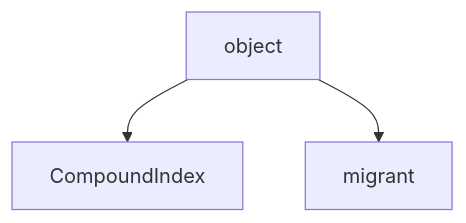
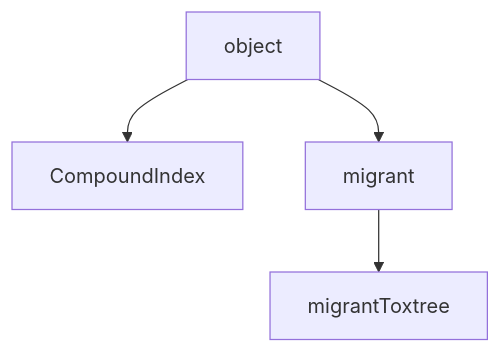
One commit to ovitrac/SFPPy changed the fourth of 8 diagrams in docs/SFPPy_classes_documentation.md. Above: the diagram before and after it, drawn with Mermaid. The commit also changed other lines of this file and 69 other files, not shown here.

````diff
--- a/docs/SFPPy_classes_documentation.md
+++ b/docs/SFPPy_classes_documentation.md
@@ -2065,7 +2255,9 @@
 ```mermaid
 graph TD;
 CompoundIndex
 migrant
+migrantToxtree
+migrant --> migrantToxtree
 object --> CompoundIndex
 object --> migrant
 ```
````
